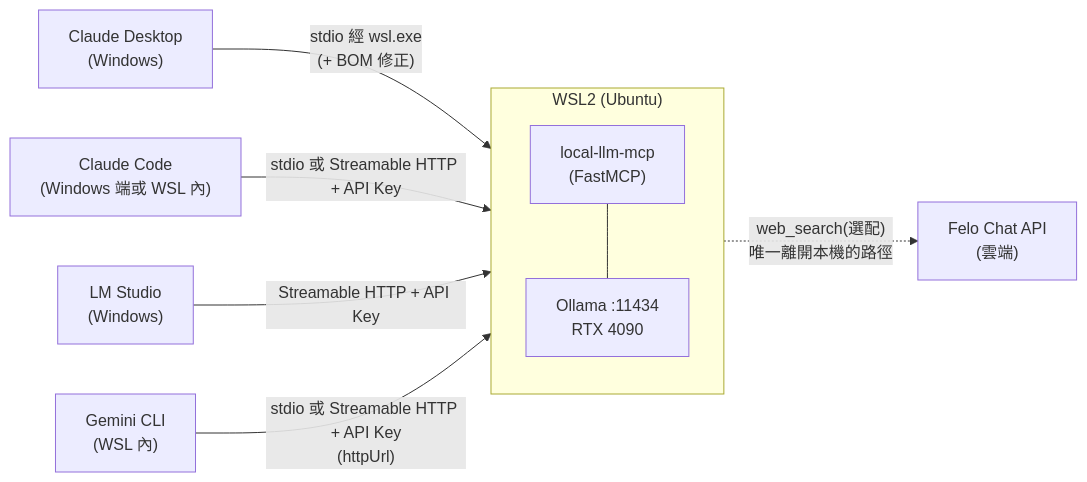
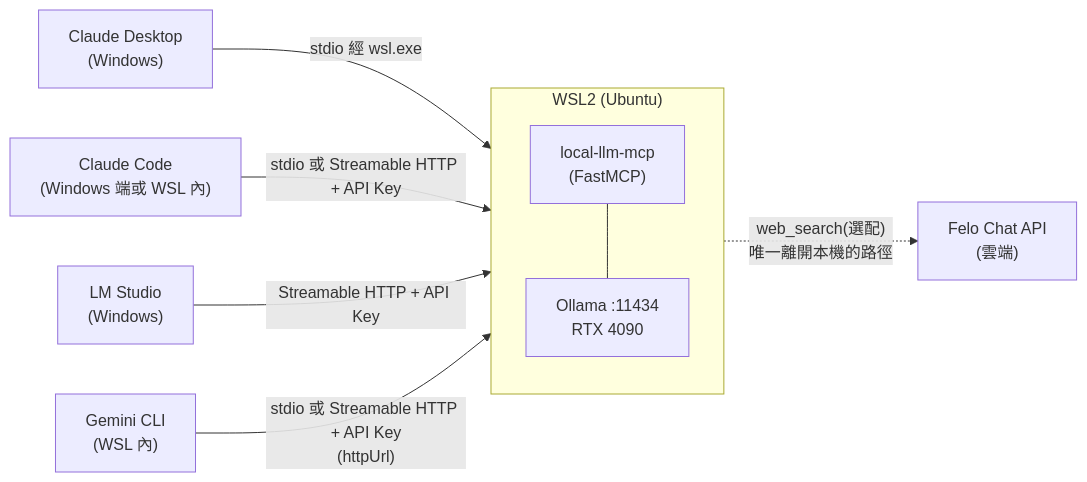
One commit to kuotunyu/local-llm-mcp changed the diagram in README.md. Above: the diagram before and after it, drawn with Mermaid. The commit also changed other lines of this file and 16 other files, not shown here.

````diff
--- a/README.md
+++ b/README.md
@@ -33,15 +33,15 @@
 ```mermaid
 flowchart LR
     subgraph WSL["WSL2 (Ubuntu)"]
         direction TB
         Server["local-llm-mcp<br/>(FastMCP)"]
         Ollama["Ollama :11434<br/>RTX 4090"]
         Server --- Ollama
     end
 
-    CD["Claude Desktop<br/>(Windows)"] -->|"stdio 經 wsl.exe<br/>(+ BOM 修正)"| Server
+    CD["Claude Desktop<br/>(Windows)"] -->|"stdio 經 wsl.exe"| Server
     CC["Claude Code<br/>(Windows 端或 WSL 內)"] -->|"stdio 或 Streamable HTTP + API Key"| Server
     LMS["LM Studio<br/>(Windows)"] -->|"Streamable HTTP + API Key"| Server
     GC["Gemini CLI<br/>(WSL 內)"] -->|"stdio 或 Streamable HTTP + API Key<br/>(httpUrl)"| Server
     Server -.->|"web_search(選配)<br/>唯一離開本機的路徑"| Felo["Felo Chat API<br/>(雲端)"]
 ```
````
